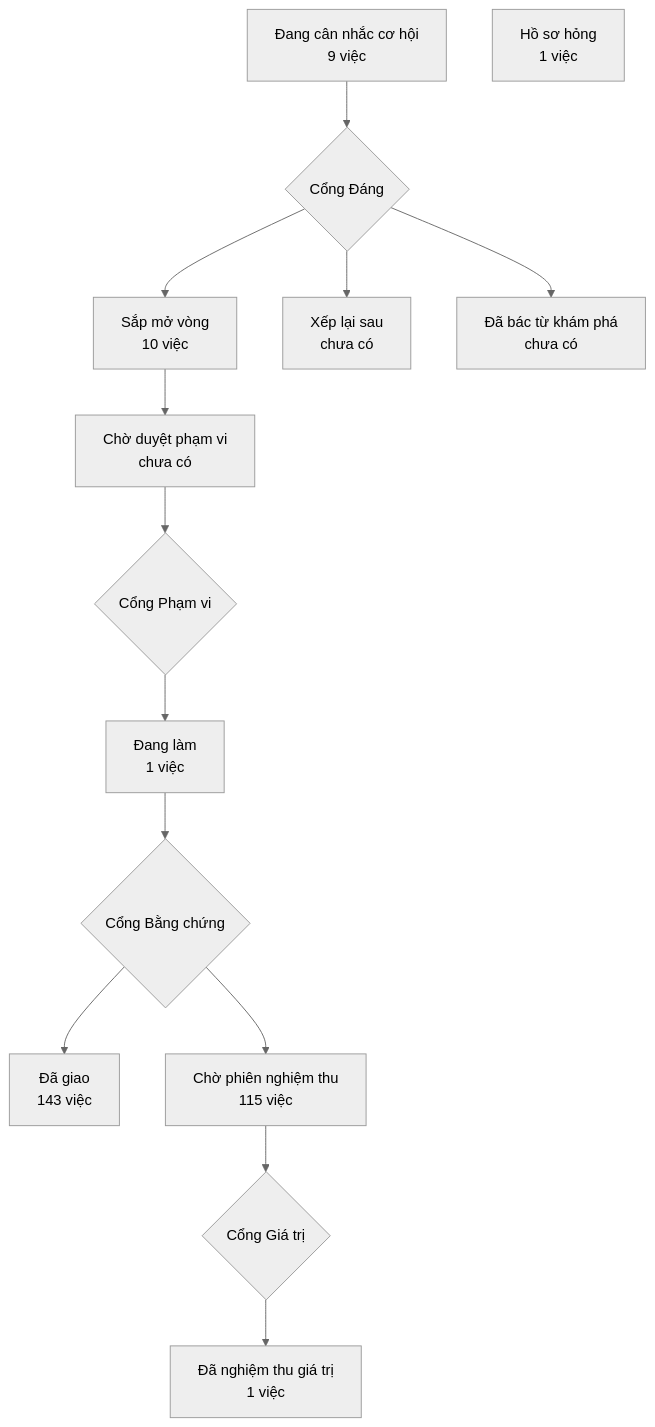
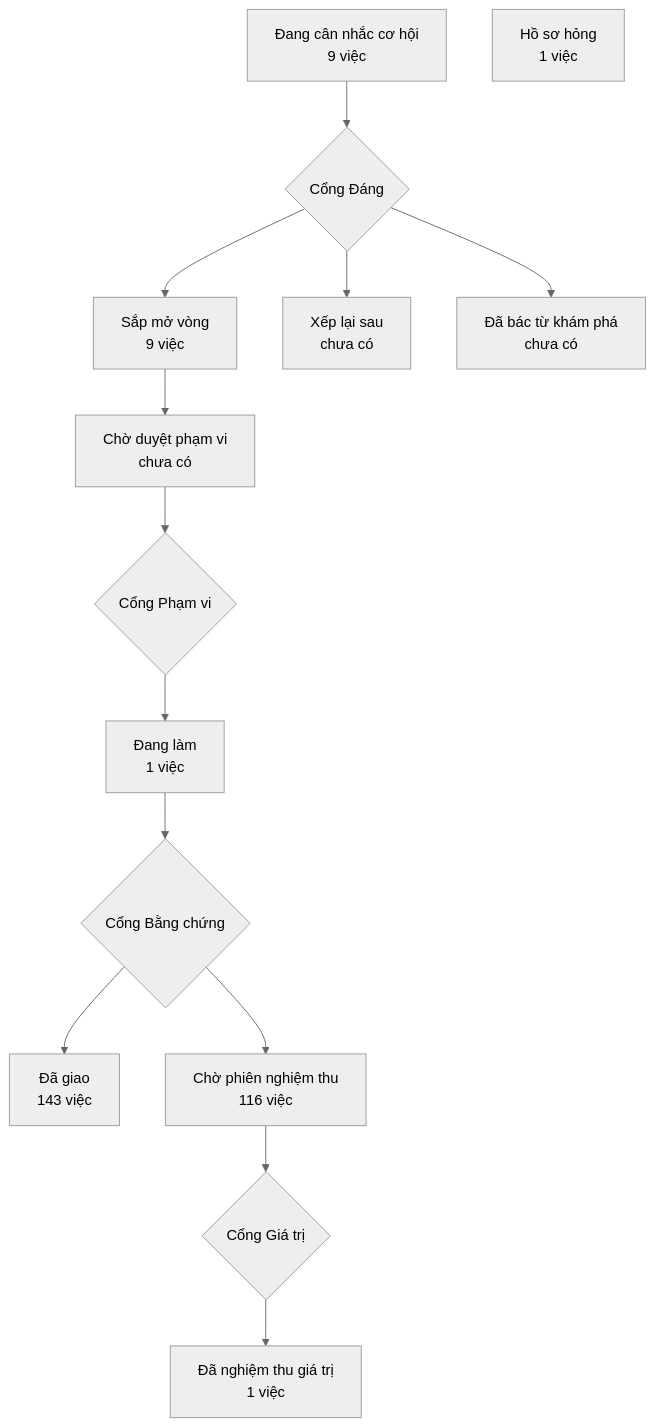
The diagram in PRODUCT-MAP.md (phanlemanh/crm-onehub), drawn with Mermaid (neutral theme) before and after one commit. The commit also changed 1 other file, not shown here.

Commit message:
chore(loc-va-kieu-xem-chung): vẽ lại bản đồ sau ghim

````diff
--- a/PRODUCT-MAP.md
+++ b/PRODUCT-MAP.md
@@ -7,13 +7,13 @@
 ```mermaid
 flowchart TD
   A["Đang cân nhắc cơ hội<br/>9 việc"] --> GD{"Cổng Đáng"}
-  GD --> B["Sắp mở vòng<br/>10 việc"]
+  GD --> B["Sắp mở vòng<br/>9 việc"]
   GD --> XL["Xếp lại sau<br/>chưa có"]
   GD --> DB["Đã bác từ khám phá<br/>chưa có"]
   B --> CD["Chờ duyệt phạm vi<br/>chưa có"] --> GP{"Cổng Phạm vi"}
   GP --> DL["Đang làm<br/>1 việc"] --> GB{"Cổng Bằng chứng"}
   GB --> DG["Đã giao<br/>143 việc"]
-  GB --> CN["Chờ phiên nghiệm thu<br/>115 việc"] --> GG{"Cổng Giá trị"}
+  GB --> CN["Chờ phiên nghiệm thu<br/>116 việc"] --> GG{"Cổng Giá trị"}
   GG --> NT["Đã nghiệm thu giá trị<br/>1 việc"]
   HS["Hồ sơ hỏng<br/>1 việc"]
 ```
````
